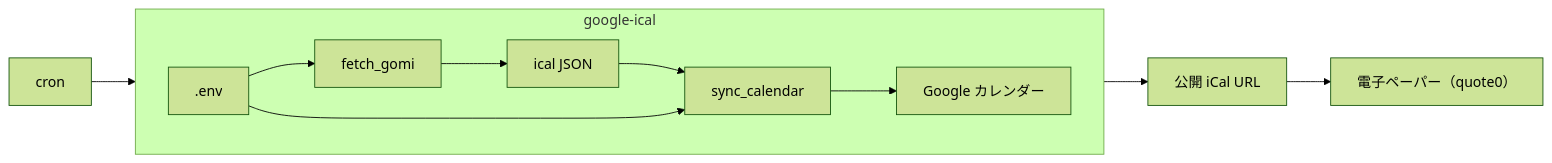
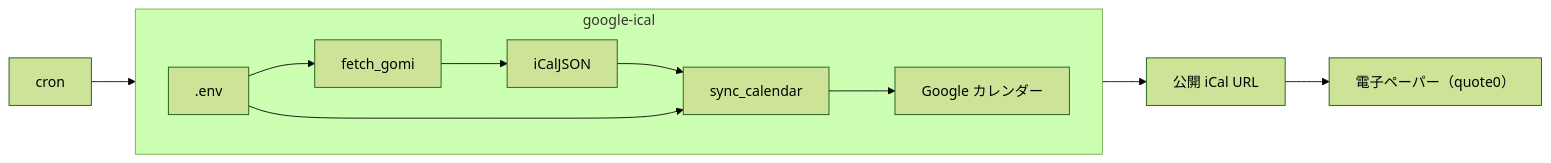
Before and after one commit to ryofujimotox/google-ical: the diagram in README.md, drawn with Mermaid (forest theme). The commit also changed other lines of this file and 16 other files, not shown here.

````diff
--- a/README.md
+++ b/README.md
@@ -21,16 +21,16 @@
 ```mermaid
 flowchart LR
   cron["cron"] --> batch
 
   subgraph batch["google-ical"]
     direction LR
-    fetchGomi["fetch_gomi"] --> icalJsons["ical JSON"]
+    fetchGomi["fetch_gomi"] --> icalJsons["iCalJSON"]
     icalJsons --> syncCal["sync_calendar"]
     env[".env"] --> fetchGomi
     env --> syncCal
     syncCal --> gcal["Google カレンダー"]
   end
 
   gcal --> publicIcal["公開 iCal URL"]
   publicIcal --> quote0["電子ペーパー（quote0）"]
 ```
````
